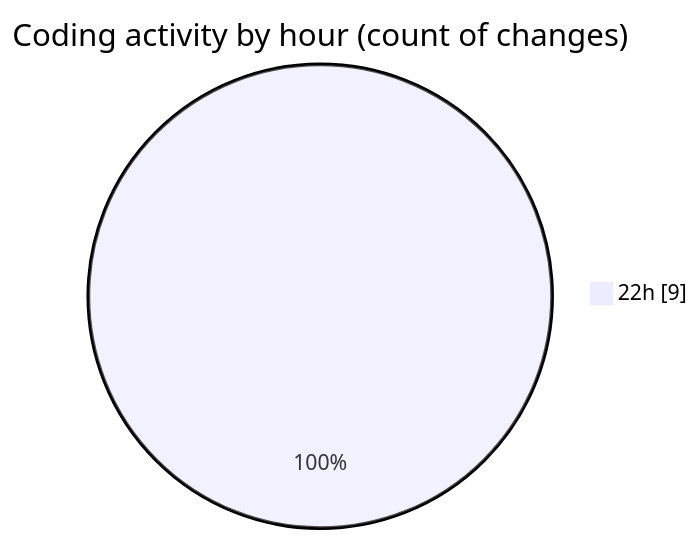
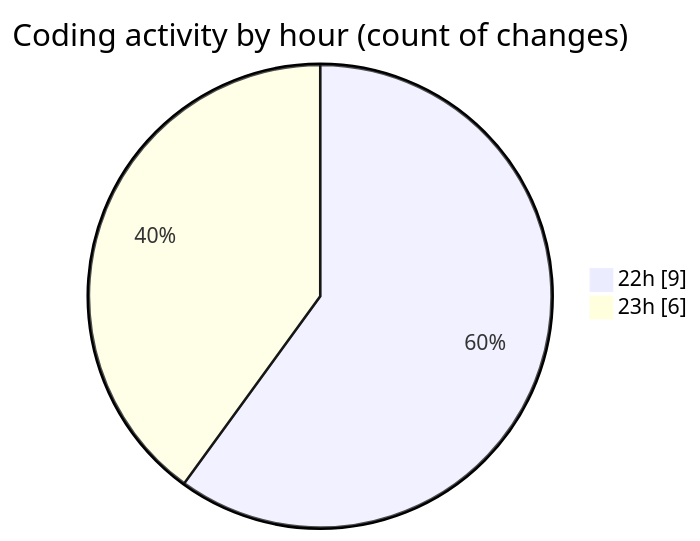
The second of 2 diagrams in 2026-02-16/chatbot-ui-main/README.md (becaeroporto-bot/code-tracking), drawn with Mermaid before and after one commit. The commit also changed other lines of this file and 1 other file, not shown here.

````diff
--- a/2026-02-16/chatbot-ui-main/README.md
+++ b/2026-02-16/chatbot-ui-main/README.md
@@ -32,5 +32,6 @@
 ```mermaid
 pie showData
 title Coding activity by hour (count of changes)
 "22h" : 9
+"23h" : 6
 ```
````
